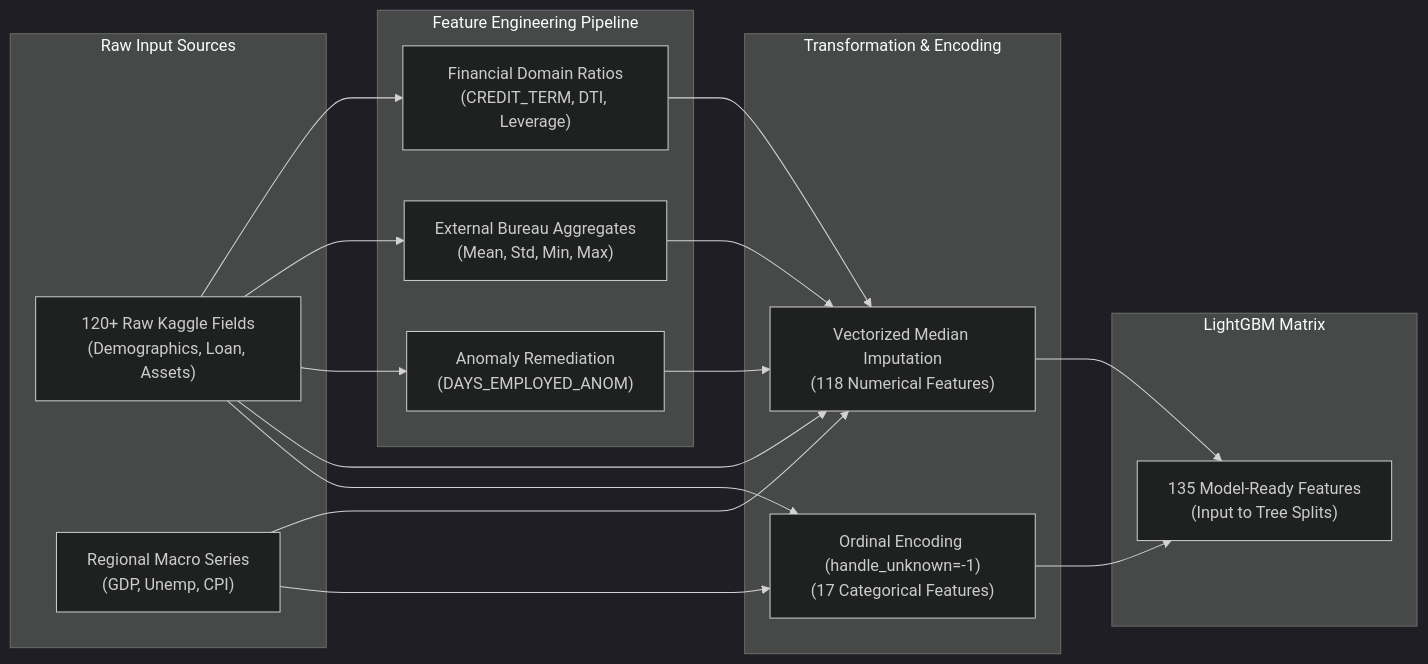
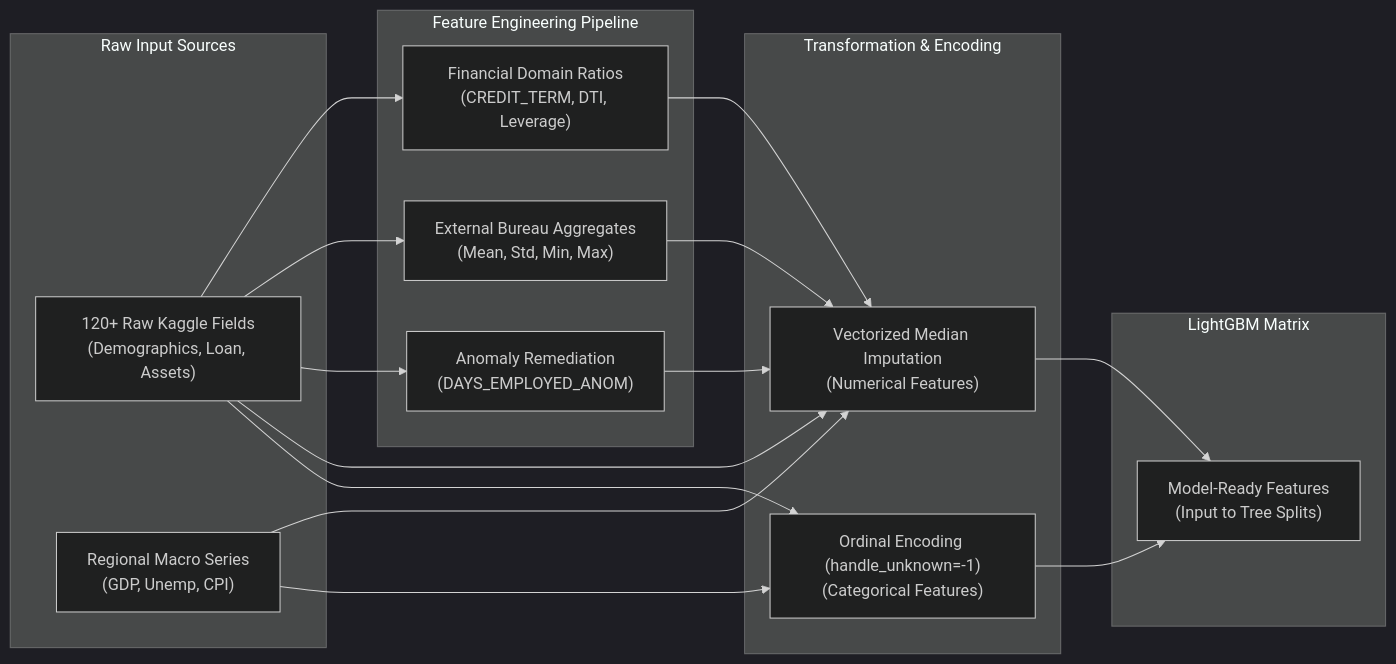
Before and after one commit to limasite48/it5427-credit_risk_bigdata: the second of 5 diagrams in README.md, drawn with Mermaid (dark theme). The commit also changed other lines of this file and 111 other files, not shown here.

````diff
--- a/README.md
+++ b/README.md
@@ -276,35 +324,35 @@
 ```mermaid
 flowchart LR
     subgraph Raw["Raw Input Sources"]
         Kaggle["120+ Raw Kaggle Fields\n(Demographics, Loan, Assets)"]
         Macro["Regional Macro Series\n(GDP, Unemp, CPI)"]
     end
 
     subgraph FE["Feature Engineering Pipeline"]
         Ratios["Financial Domain Ratios\n(CREDIT_TERM, DTI, Leverage)"]
         ExtAgg["External Bureau Aggregates\n(Mean, Std, Min, Max)"]
         Anom["Anomaly Remediation\n(DAYS_EMPLOYED_ANOM)"]
     end
 
     subgraph Preproc["Transformation & Encoding"]
-        NumImp["Vectorized Median Imputation\n(118 Numerical Features)"]
-        CatEnc["Ordinal Encoding (handle_unknown=-1)\n(17 Categorical Features)"]
+        NumImp["Vectorized Median Imputation\n(Numerical Features)"]
+        CatEnc["Ordinal Encoding (handle_unknown=-1)\n(Categorical Features)"]
     end
 
     subgraph Model["LightGBM Matrix"]
-        FeatureMatrix["135 Model-Ready Features\n(Input to Tree Splits)"]
+        FeatureMatrix["Model-Ready Features\n(Input to Tree Splits)"]
     end
 
     Kaggle --> Ratios
     Kaggle --> ExtAgg
     Kaggle --> Anom
     Kaggle --> NumImp
     Kaggle --> CatEnc
     Macro --> NumImp
     Macro --> CatEnc
     Ratios --> NumImp
     ExtAgg --> NumImp
     Anom --> NumImp
     NumImp --> FeatureMatrix
     CatEnc --> FeatureMatrix
 ```
````
